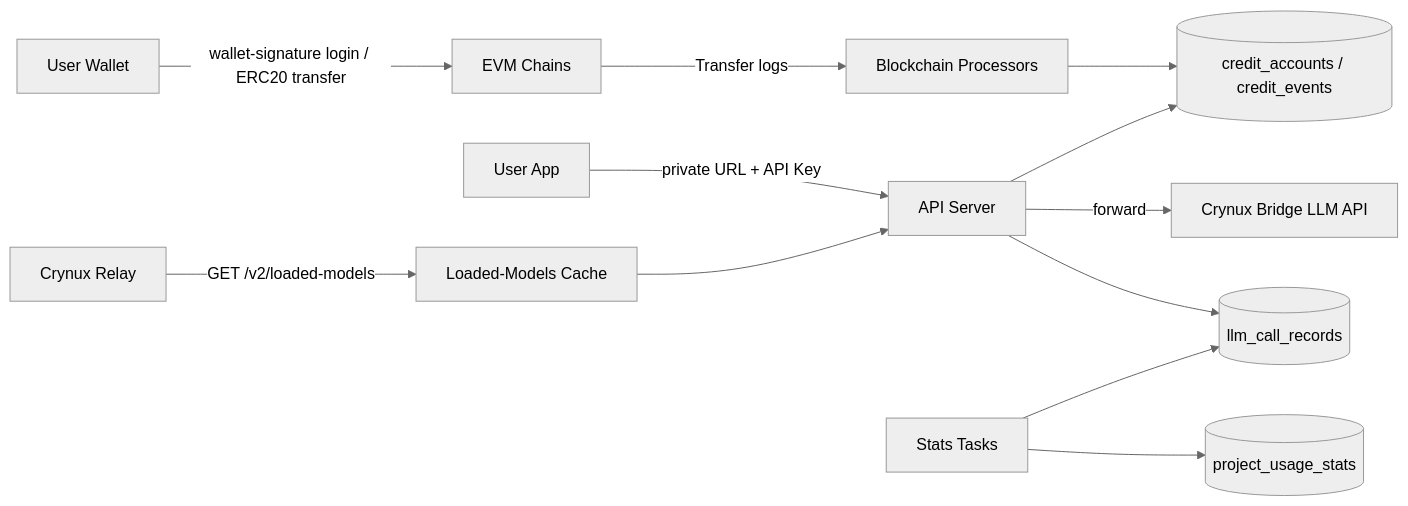
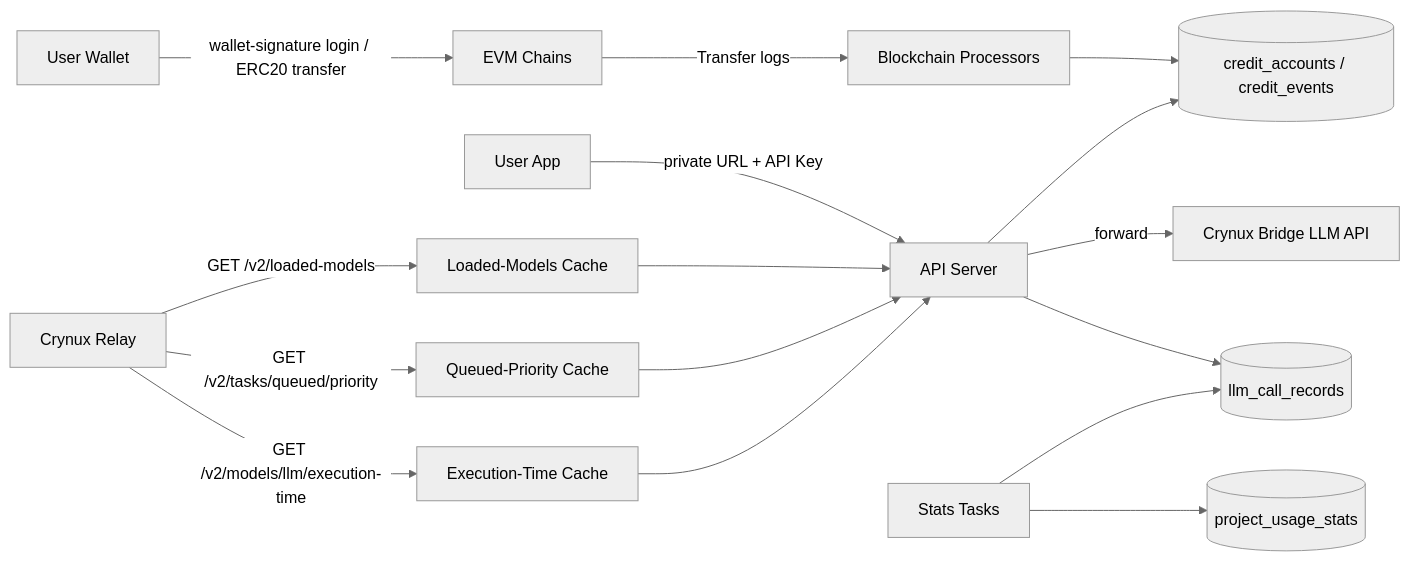
One commit to crynux-network/crynux-as changed the diagram in docs/architecture.md. Above: the diagram before and after it, drawn with Mermaid (neutral theme). The commit also changed other lines of this file and 20 other files, not shown here.

````diff
--- a/docs/architecture.md
+++ b/docs/architecture.md
@@ -9,14 +9,18 @@
 ```mermaid
 flowchart LR
   Wallet[User Wallet] -->|"wallet-signature login / ERC20 transfer"| Chain[EVM Chains]
   Client[User App] -->|"private URL + API Key"| API[API Server]
   Chain -->|"Transfer logs"| Scanner[Blockchain Processors]
   Scanner --> Ledger[(credit_accounts / credit_events)]
   API --> Ledger
   API -->|forward| Bridge[Crynux Bridge LLM API]
   API --> Records[(llm_call_records)]
   Relay[Crynux Relay] -->|"GET /v2/loaded-models"| Cache[Loaded-Models Cache]
+  Relay -->|"GET /v2/tasks/queued/priority"| PriorityCache[Queued-Priority Cache]
+  Relay -->|"GET /v2/models/llm/execution-time"| ExecTimeCache[Execution-Time Cache]
   Cache --> API
+  PriorityCache --> API
+  ExecTimeCache --> API
   Stats[Stats Tasks] --> Records
   Stats --> Usage[(project_usage_stats)]
 ```
````
